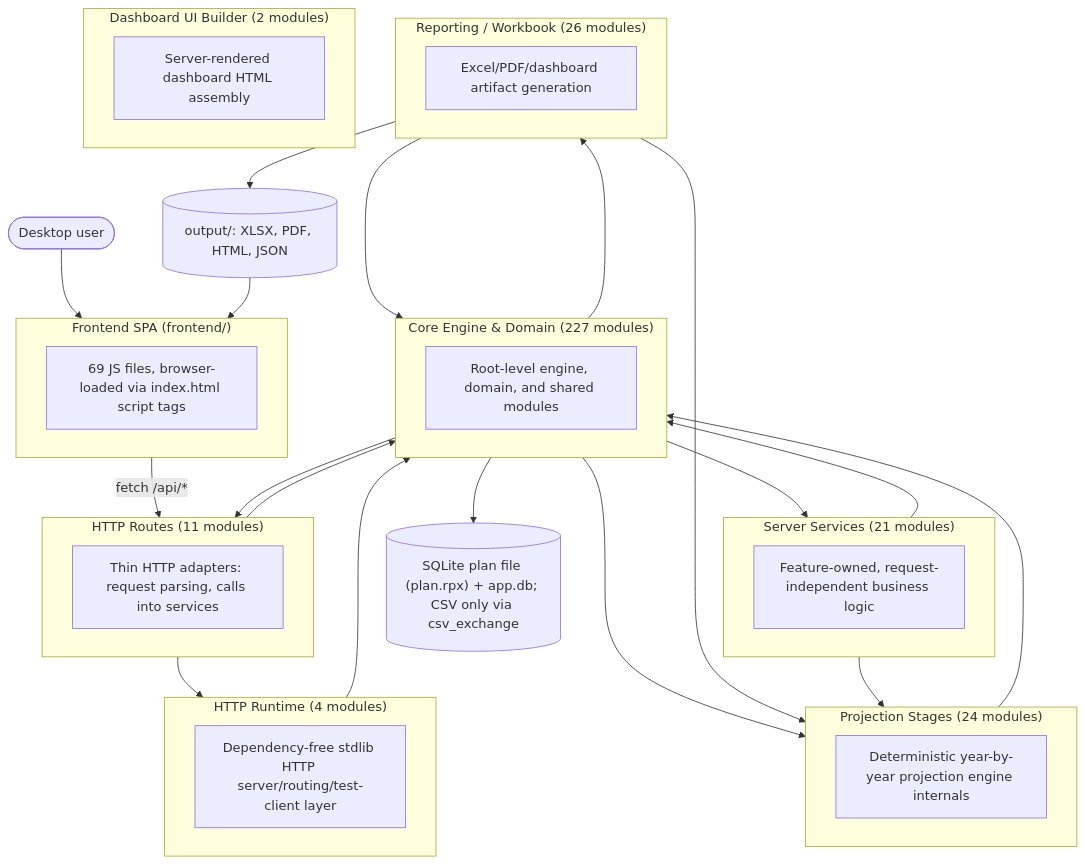
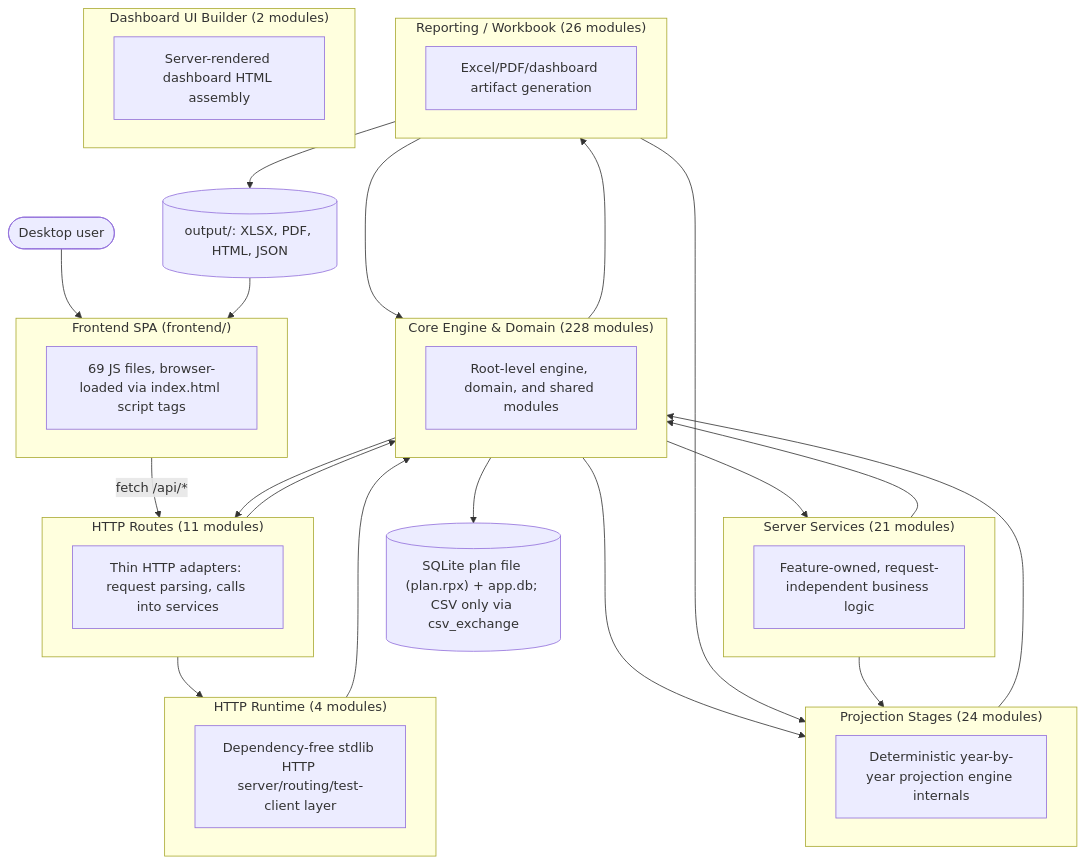
Before and after one commit to matthartzman/retirement_system: the first of 2 diagrams in documentation/reference/SYSTEM_ARCHITECTURE_DIAGRAM.md, drawn with Mermaid. The commit also changed other lines of this file and 6 other files, not shown here.

````diff
--- a/documentation/reference/SYSTEM_ARCHITECTURE_DIAGRAM.md
+++ b/documentation/reference/SYSTEM_ARCHITECTURE_DIAGRAM.md
@@ -11,44 +11,44 @@
 ```mermaid
 flowchart TB
     User(["Desktop user"]) --> FE
     subgraph FE["Frontend SPA (frontend/)"]
         FEcount["69 JS files, browser-loaded via index.html script tags"]
     end
     FE -->|fetch /api/*| L_HTTP_Routes
     subgraph L_HTTP_Routes["HTTP Routes (11 modules)"]
         L_HTTP_Routes_d["Thin HTTP adapters: request parsing, calls into services"]
     end
     subgraph L_Server_Services["Server Services (21 modules)"]
         L_Server_Services_d["Feature-owned, request-independent business logic"]
     end
     subgraph L_HTTP_Runtime["HTTP Runtime (4 modules)"]
         L_HTTP_Runtime_d["Dependency-free stdlib HTTP server/routing/test-client layer"]
     end
-    subgraph L_Core_Engine___Domain["Core Engine & Domain (227 modules)"]
+    subgraph L_Core_Engine___Domain["Core Engine & Domain (228 modules)"]
         L_Core_Engine___Domain_d["Root-level engine, domain, and shared modules"]
     end
     subgraph L_Projection_Stages["Projection Stages (24 modules)"]
         L_Projection_Stages_d["Deterministic year-by-year projection engine internals"]
     end
     subgraph L_Reporting___Workbook["Reporting / Workbook (26 modules)"]
         L_Reporting___Workbook_d["Excel/PDF/dashboard artifact generation"]
     end
     subgraph L_Dashboard_UI_Builder["Dashboard UI Builder (2 modules)"]
         L_Dashboard_UI_Builder_d["Server-rendered dashboard HTML assembly"]
     end
     L_Core_Engine___Domain --> L_HTTP_Routes
     L_Core_Engine___Domain --> L_Projection_Stages
     L_Core_Engine___Domain --> L_Reporting___Workbook
     L_Core_Engine___Domain --> L_Server_Services
     L_HTTP_Routes --> L_Core_Engine___Domain
     L_HTTP_Routes --> L_HTTP_Runtime
     L_HTTP_Runtime --> L_Core_Engine___Domain
     L_Projection_Stages --> L_Core_Engine___Domain
     L_Reporting___Workbook --> L_Core_Engine___Domain
     L_Reporting___Workbook --> L_Projection_Stages
     L_Server_Services --> L_Core_Engine___Domain
     L_Server_Services --> L_Projection_Stages
     L_Core_Engine___Domain --> DB[("SQLite plan file (plan.rpx) + app.db; CSV only via csv_exchange")]
     L_Reporting___Workbook --> Outputs[("output/: XLSX, PDF, HTML, JSON")]
     Outputs --> FE
 ```
````
